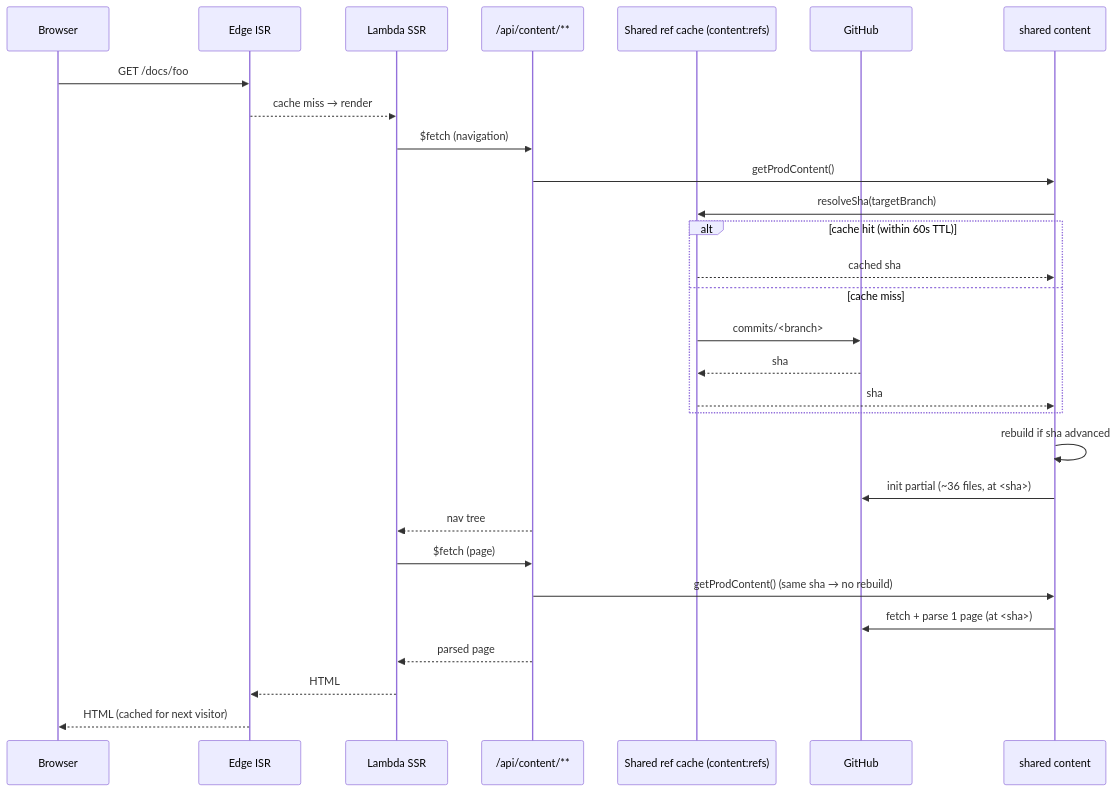
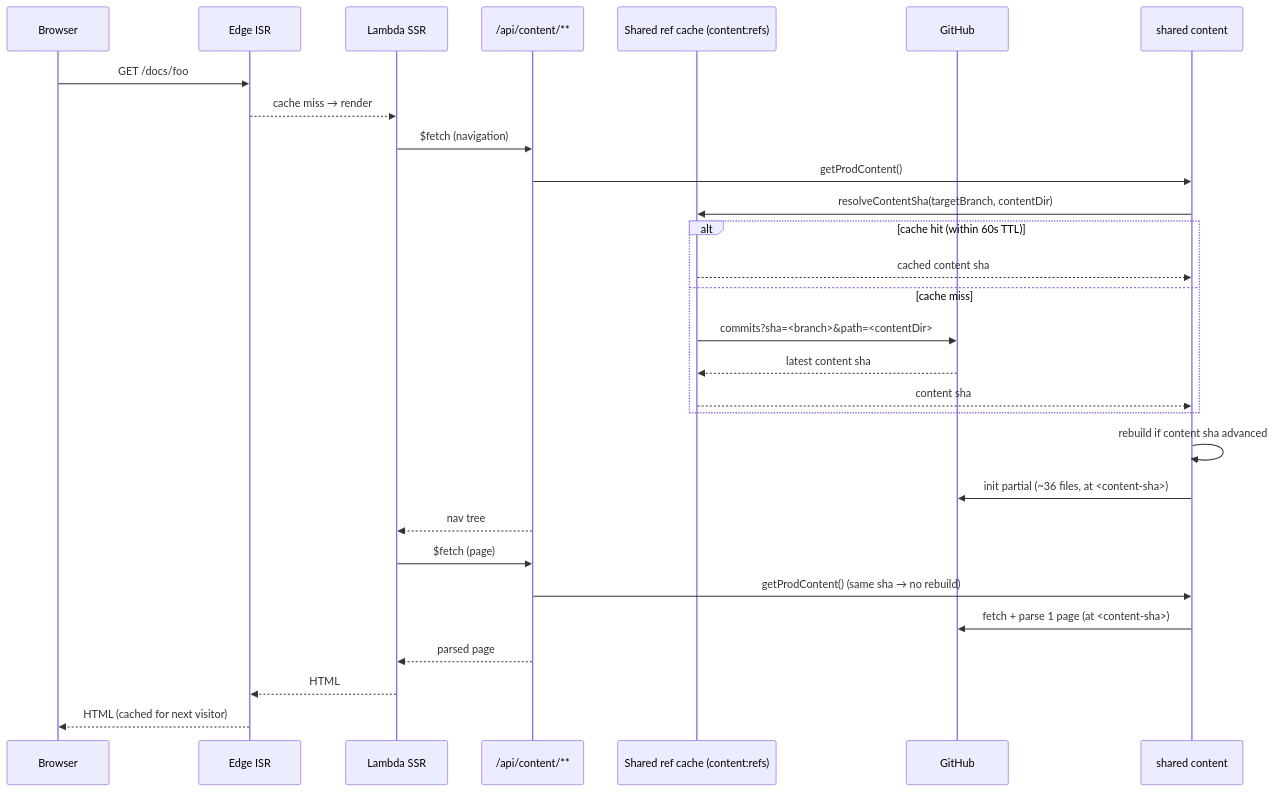
One commit to comarkdown/comark-docs changed the diagram in docs/cold-page-request.md. Above: the diagram before and after it, drawn with Mermaid. The commit also changed other lines of this file and 10 other files, not shown here.

````diff
--- a/docs/cold-page-request.md
+++ b/docs/cold-page-request.md
@@ -5,35 +5,35 @@
 ```mermaid
 sequenceDiagram
   participant Browser
   participant Edge as Edge ISR
   participant SSR as Lambda SSR
   participant ContentRoute as /api/content/**
   participant Refs as Shared ref cache (content:refs)
   participant GH as GitHub
   participant Content as shared content
 
   Browser->>Edge: GET /docs/foo
   Edge-->>SSR: cache miss → render
 
   SSR->>ContentRoute: $fetch (navigation)
   ContentRoute->>Content: getProdContent()
-  Content->>Refs: resolveSha(targetBranch)
+  Content->>Refs: resolveContentSha(targetBranch, contentDir)
   alt cache hit (within 60s TTL)
-    Refs-->>Content: cached sha
+    Refs-->>Content: cached content sha
   else cache miss
-    Refs->>GH: commits/<branch>
-    GH-->>Refs: sha
-    Refs-->>Content: sha
+    Refs->>GH: commits?sha=<branch>&path=<contentDir>
+    GH-->>Refs: latest content sha
+    Refs-->>Content: content sha
   end
-  Content->>Content: rebuild if sha advanced
-  Content->>GH: init partial (~36 files, at <sha>)
+  Content->>Content: rebuild if content sha advanced
+  Content->>GH: init partial (~36 files, at <content-sha>)
   ContentRoute-->>SSR: nav tree
 
   SSR->>ContentRoute: $fetch (page)
   ContentRoute->>Content: getProdContent() (same sha → no rebuild)
-  Content->>GH: fetch + parse 1 page (at <sha>)
+  Content->>GH: fetch + parse 1 page (at <content-sha>)
   ContentRoute-->>SSR: parsed page
 
   SSR-->>Edge: HTML
   Edge-->>Browser: HTML (cached for next visitor)
 ```
````
